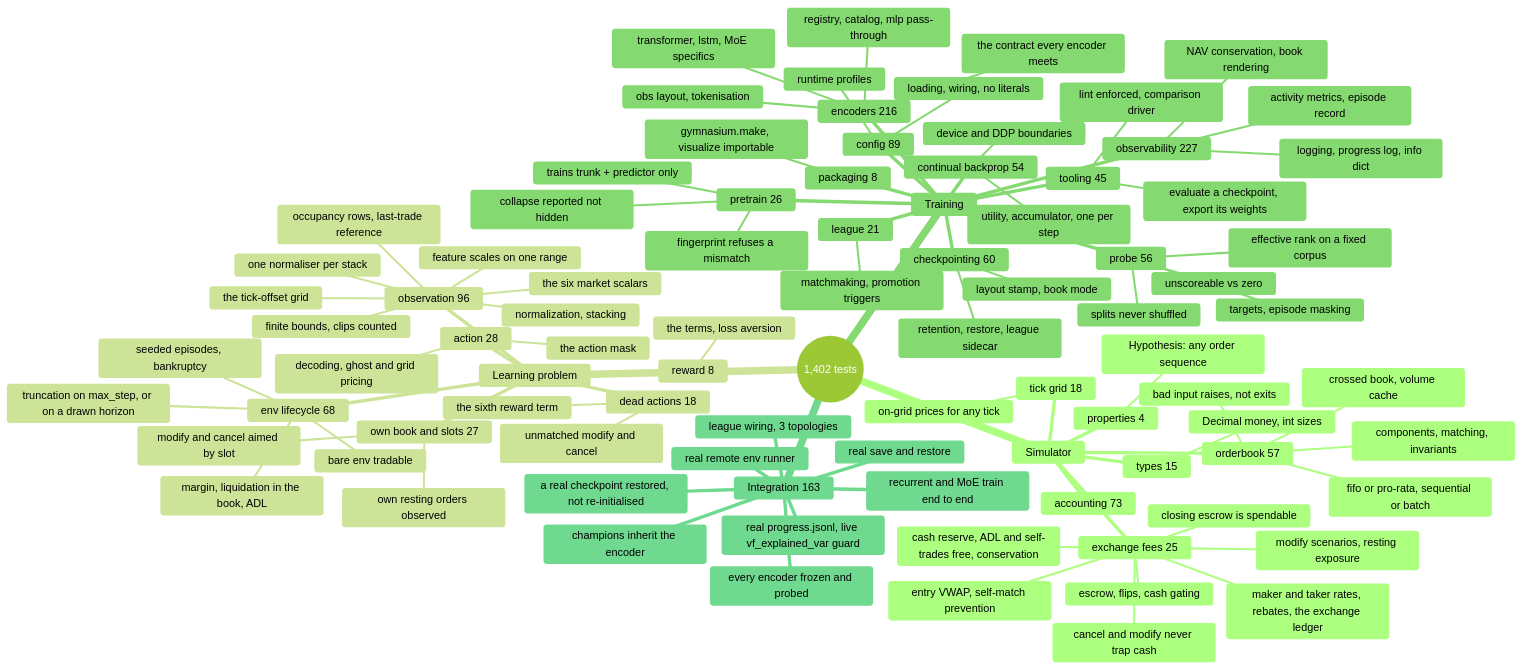
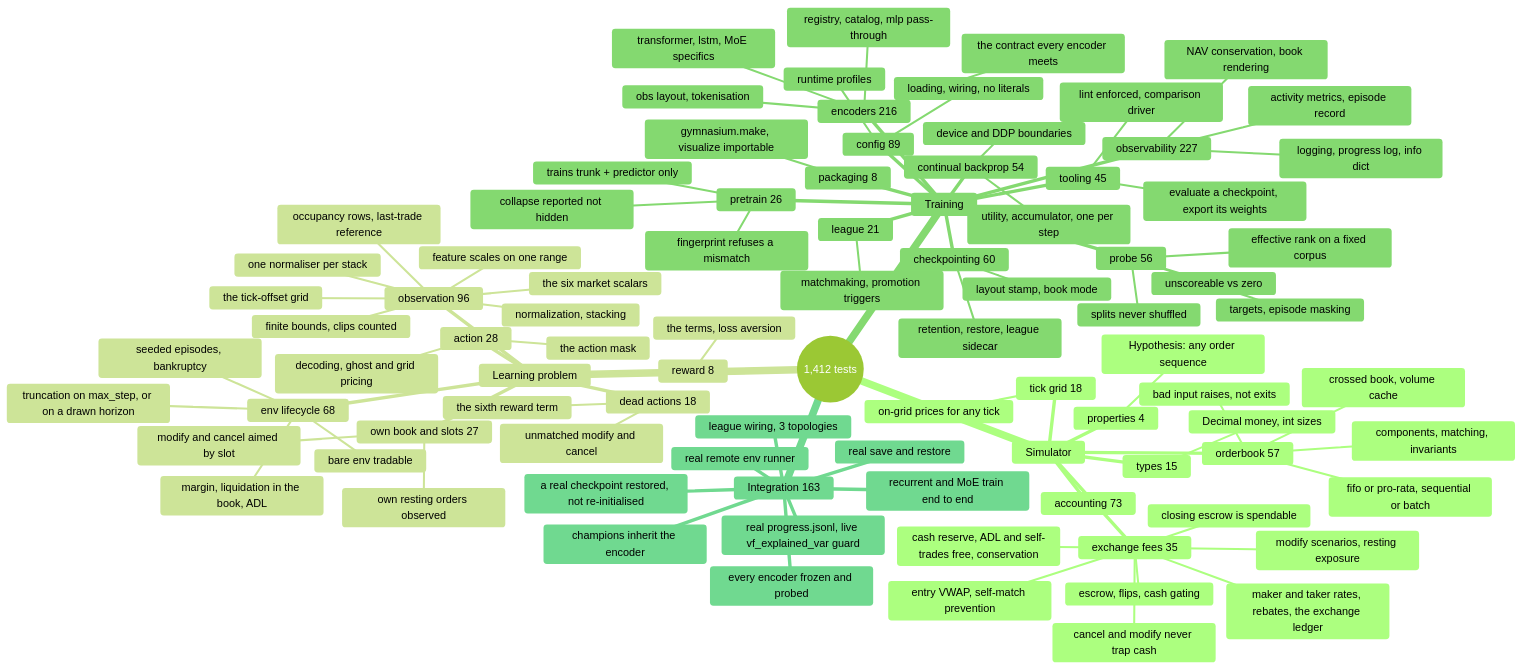
The diagram in doc/10_testing.md (ChuaCheowHuan/gym-continuousDoubleAuction), drawn with Mermaid (forest theme) before and after one commit. The commit also changed other lines of this file and 8 other files, not shown here.

````diff
--- a/doc/10_testing.md
+++ b/doc/10_testing.md
@@ -143,6 +143,6 @@
 ```mermaid
 mindmap
-  root((1,402 tests))
+  root((1,412 tests))
     Simulator
       orderbook 57
         components, matching, invariants
@@ -152,7 +152,7 @@
       properties 4
         Hypothesis: any order sequence
       accounting 73
-      exchange fees 25
+      exchange fees 35
         maker and taker rates, rebates, the exchange ledger
         cash reserve, ADL and self-trades free, conservation
         escrow, flips, cash gating
````
